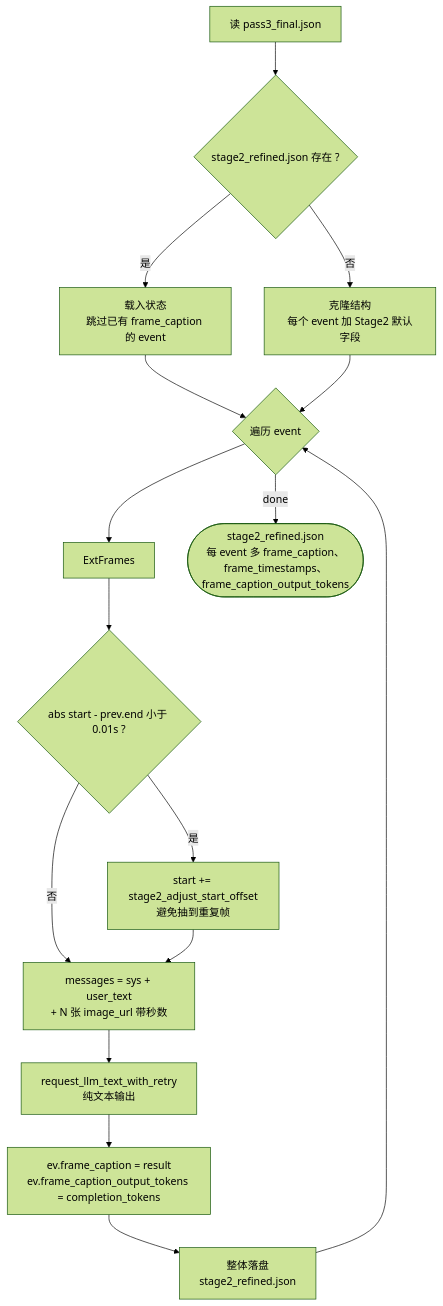
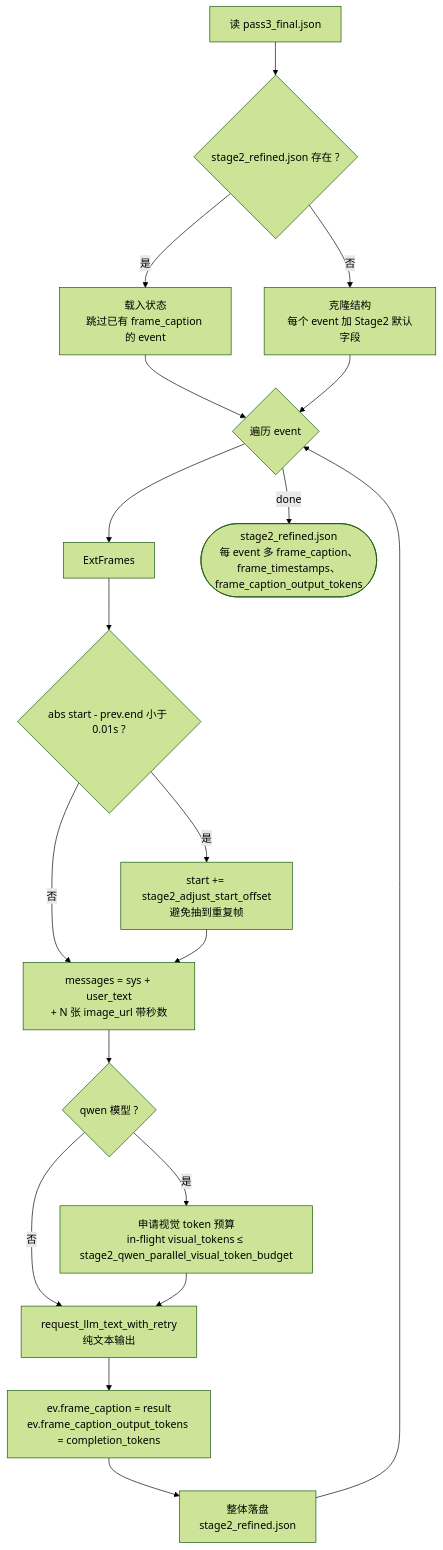
One commit to warmheartHoward/LongVideoCaption changed the fourth of 4 diagrams in README.md. Above: the diagram before and after it, drawn with Mermaid (forest theme). The commit also changed other lines of this file and 4 other files, not shown here.

Commit message:
support stage2 parallel

````diff
--- a/README.md
+++ b/README.md
@@ -158,22 +158,25 @@
 ```mermaid
 flowchart TB
     Start["读 pass3_final.json"] --> Exists{"stage2_refined.json 存在 ?"}
     Exists -->|"是"| Resume["载入状态<br/>跳过已有 frame_caption 的 event"]
     Exists -->|"否"| Clone["克隆结构<br/>每个 event 加 Stage2 默认字段"]
 
     Resume --> Loop{"遍历 event"}
     Clone --> Loop
     Loop --> ExtFrames
 
     ExtFrames --> AdjStart{"abs start - prev.end 小于 0.01s ?"}
     AdjStart -->|"是"| Shift["start += stage2_adjust_start_offset<br/>避免抽到重复帧"]
     AdjStart -->|"否"| BuildMsg["messages = sys + user_text<br/>+ N 张 image_url 带秒数"]
     Shift --> BuildMsg
 
-    BuildMsg --> CallVL["request_llm_text_with_retry<br/>纯文本输出"]
+    BuildMsg --> Gate{"qwen 模型 ?"}
+    Gate -->|"是"| Budget["申请视觉 token 预算<br/>in-flight visual_tokens ≤ stage2_qwen_parallel_visual_token_budget"]
+    Gate -->|"否"| CallVL
+    Budget --> CallVL["request_llm_text_with_retry<br/>纯文本输出"]
     CallVL --> Update["ev.frame_caption = result<br/>ev.frame_caption_output_tokens = completion_tokens"]
     Update --> Persist["整体落盘<br/>stage2_refined.json"]
     Persist --> Loop
 
     Loop -->|"done"| End(["stage2_refined.json<br/>每 event 多 frame_caption、frame_timestamps、frame_caption_output_tokens"])
 ```
````
